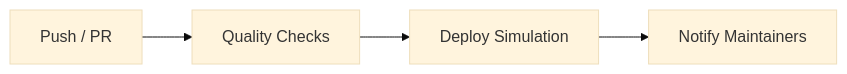
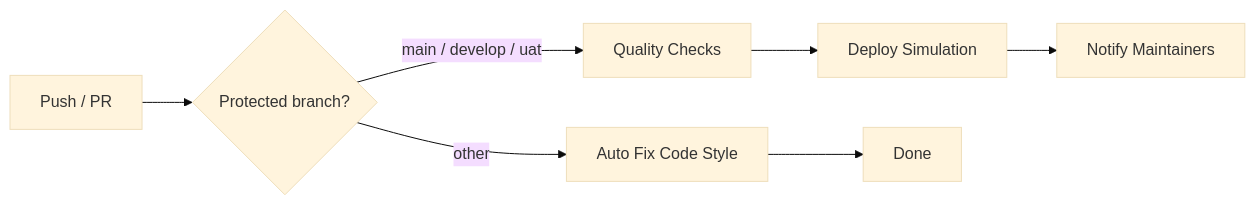
The diagram in PIPELINE.md (salamova492-crypto/ochumielye), drawn with Mermaid (base theme) before and after one commit. The commit also changed other lines of this file and 1 other file, not shown here.

Commit message:
Split lint-fix job for non-protected branches, add conditions to quality/deploy jobs [skip ci]

````diff
--- a/PIPELINE.md
+++ b/PIPELINE.md
@@ -9,6 +9,9 @@
 ```mermaid
 flowchart LR
-    A[Push / PR] --> B[Quality Checks]
-    B --> C[Deploy Simulation]
-    C --> D[Notify Maintainers]
+    A[Push / PR] --> B{Protected branch?}
+    B -->|main / develop / uat| C[Quality Checks]
+    B -->|other| D[Auto Fix Code Style]
+    C --> E[Deploy Simulation]
+    E --> F[Notify Maintainers]
+    D --> G[Done]
 ```
````
